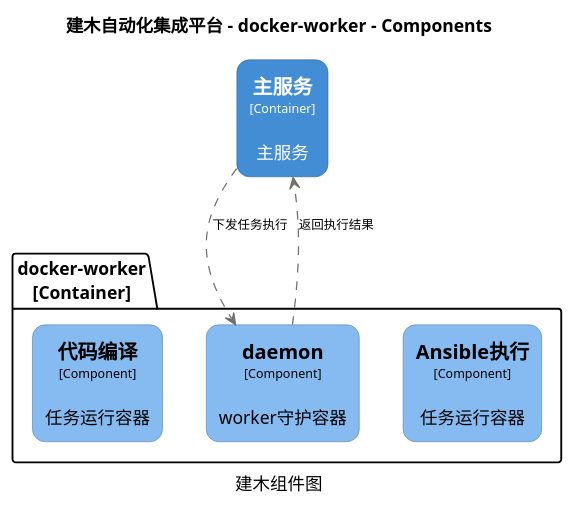
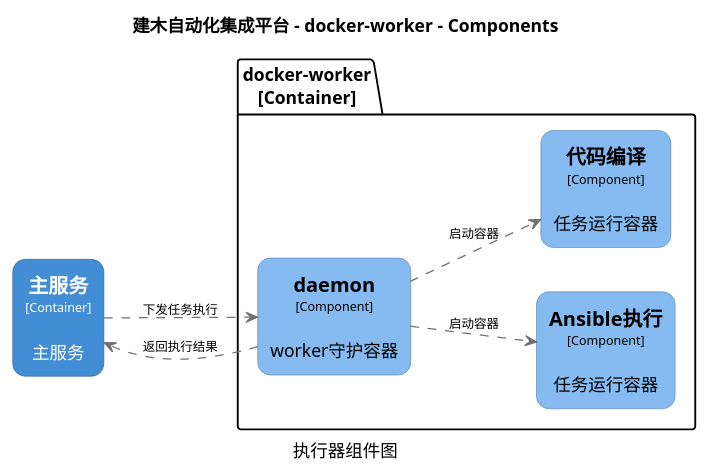
The diagram in c4/structurizr-worker-component.puml (jianmu-dev/jianmu-architecture-as-code), drawn with PlantUML before and after one commit. The commit also changed 5 other files, not shown here.

```diff
--- a/c4/structurizr-worker-component.puml
+++ b/c4/structurizr-worker-component.puml
@@ -1,46 +1,48 @@
 @startuml(id=worker-component)
 title 建木自动化集成平台 - docker-worker - Components
-caption 建木组件图
+caption 执行器组件图
 
 skinparam {
   shadowing false
   arrowFontSize 10
   defaultTextAlignment center
   wrapWidth 200
   maxMessageSize 100
 }
 hide stereotype
-top to bottom direction
+left to right direction
 skinparam rectangle<<11>> {
   BackgroundColor #85bbf0
   FontColor #000000
   BorderColor #5D82A8
   roundCorner 20
 }
 skinparam rectangle<<12>> {
   BackgroundColor #85bbf0
   FontColor #000000
   BorderColor #5D82A8
   roundCorner 20
 }
 skinparam rectangle<<3>> {
   BackgroundColor #438dd5
   FontColor #ffffff
   BorderColor #2E6295
   roundCorner 20
 }
 skinparam rectangle<<10>> {
   BackgroundColor #85bbf0
   FontColor #000000
   BorderColor #5D82A8
   roundCorner 20
 }
 rectangle "==主服务\n<size:10>[Container]</size>\n\n主服务" <<3>> as 3
 package "docker-worker\n[Container]" {
   rectangle "==Ansible执行\n<size:10>[Component]</size>\n\n任务运行容器" <<12>> as 12
   rectangle "==daemon\n<size:10>[Component]</size>\n\nworker守护容器" <<10>> as 10
   rectangle "==代码编译\n<size:10>[Component]</size>\n\n任务运行容器" <<11>> as 11
 }
+10 .[#707070].> 12 : "启动容器"
 10 .[#707070].> 3 : "返回执行结果"
+10 .[#707070].> 11 : "启动容器"
 3 .[#707070].> 10 : "下发任务执行"
 @enduml
```
